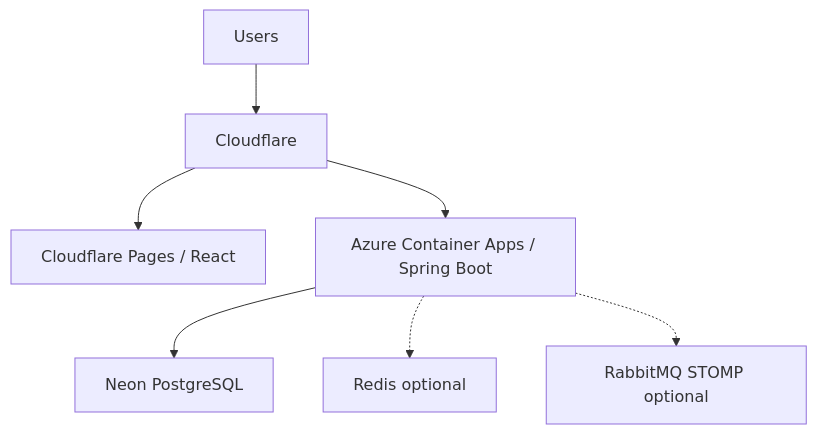
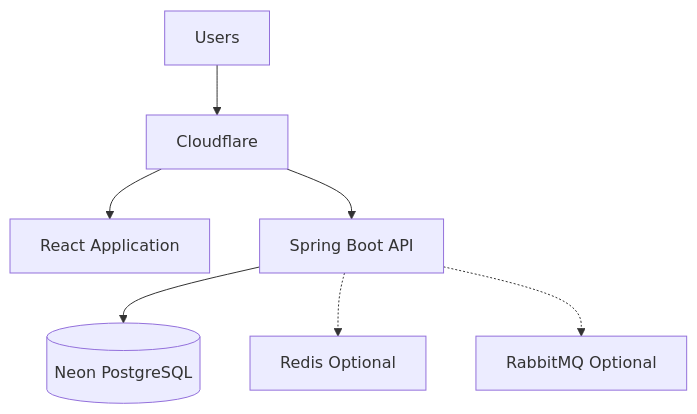
Before and after one commit to DaviGama08/assessflow: the diagram in README.md, drawn with Mermaid. The commit also changed other lines of this file, not shown here.

````diff
--- a/README.md
+++ b/README.md
@@ -22,9 +48,17 @@
 ```mermaid
 flowchart TD
-  users[Users] --> cf[Cloudflare]
-  cf --> pages[Cloudflare Pages / React]
-  cf --> api[Azure Container Apps / Spring Boot]
-  api --> neon[Neon PostgreSQL]
-  api -.-> redis[Redis optional]
-  api -.-> rabbit[RabbitMQ STOMP optional]
+    USERS[Users]
+    CF[Cloudflare]
+    WEB[React Application]
+    API[Spring Boot API]
+    DB[(Neon PostgreSQL)]
+    REDIS[Redis Optional]
+    RABBIT[RabbitMQ Optional]
+
+    USERS --> CF
+    CF --> WEB
+    CF --> API
+    API --> DB
+    API -.-> REDIS
+    API -.-> RABBIT
 ```
````
